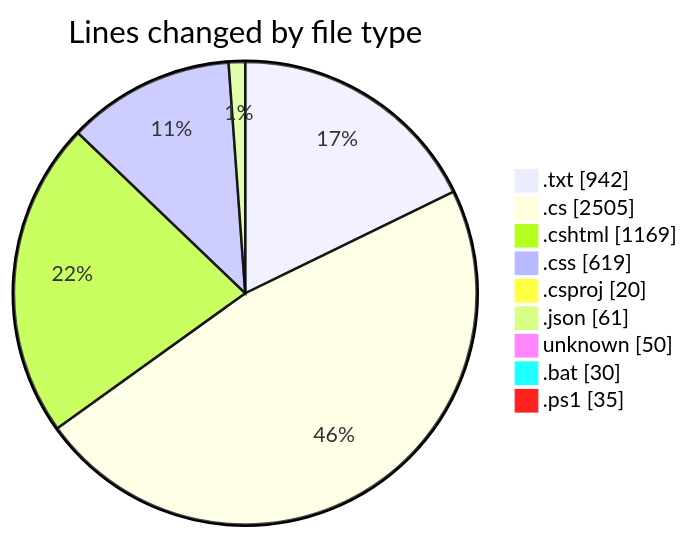
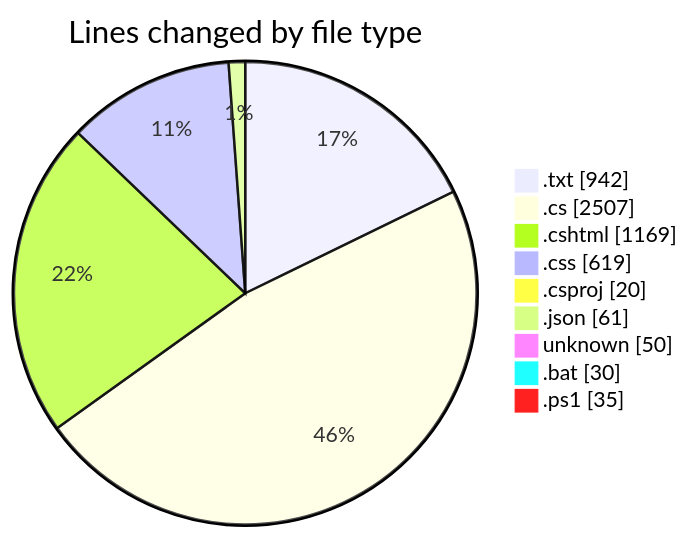
The first of 2 diagrams in 2025-07-26/quanlyrapchieuphim-1/README.md (lephambinh05/code-tracking), drawn with Mermaid before and after one commit. The commit also changed other lines of this file and 1 other file, not shown here.

````diff
--- a/2025-07-26/quanlyrapchieuphim-1/README.md
+++ b/2025-07-26/quanlyrapchieuphim-1/README.md
@@ -37,13 +37,13 @@
 ```mermaid
 pie showData
 title Lines changed by file type
 ".txt" : 942
-".cs" : 2505
+".cs" : 2507
 ".cshtml" : 1169
 ".css" : 619
 ".csproj" : 20
 ".json" : 61
 "unknown" : 50
 ".bat" : 30
 ".ps1" : 35
 ```
````
